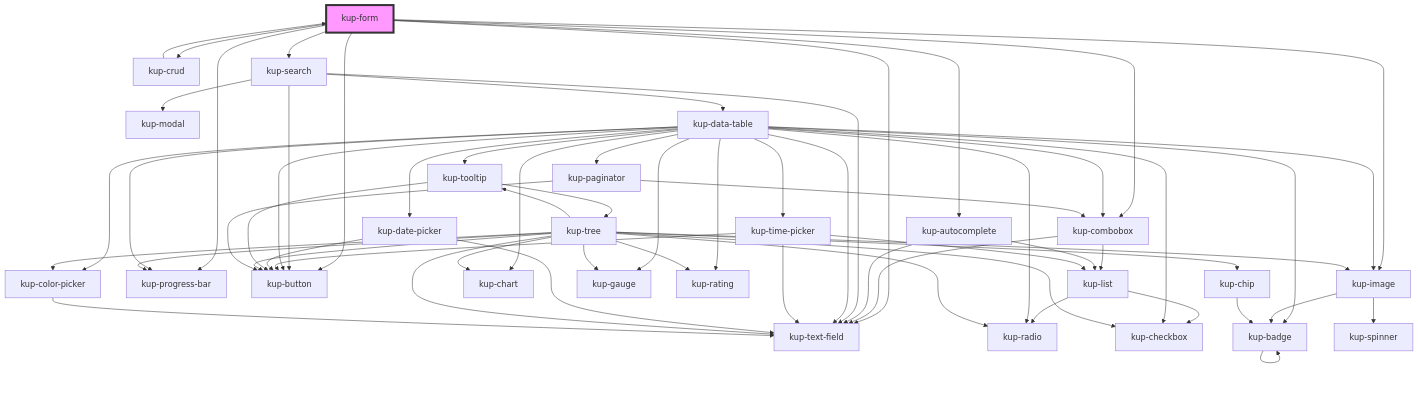
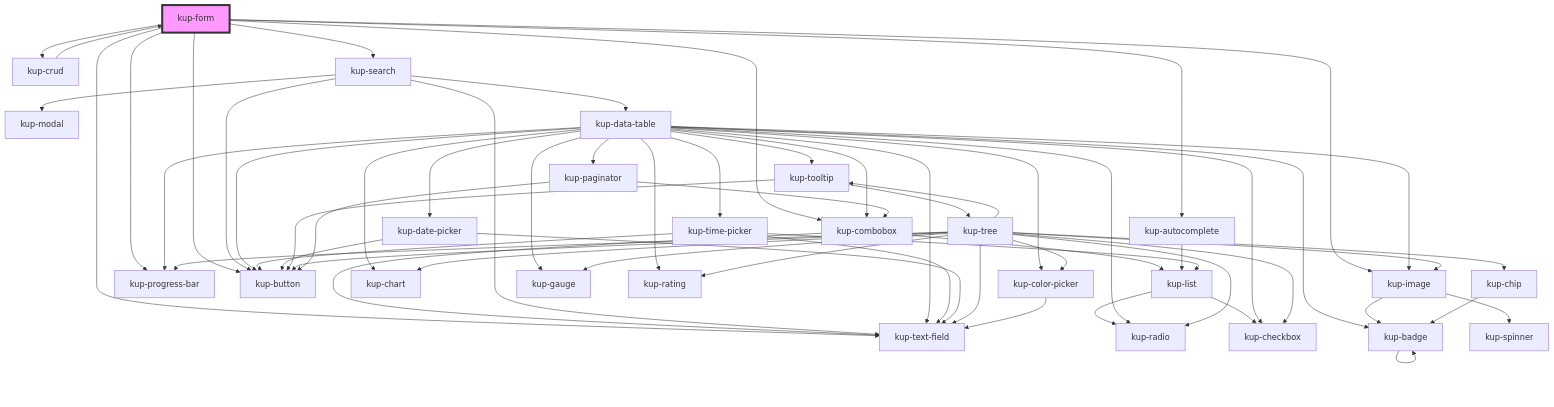
Before and after one commit to smeup/ketchup: the diagram in packages/ketchup/src/components/kup-form/readme.md, drawn with Mermaid. The commit also changed 9 other files, not shown here.

Commit message:
f-text-field in autocomplete.

````diff
--- a/packages/ketchup/src/components/kup-form/readme.md
+++ b/packages/ketchup/src/components/kup-form/readme.md
@@ -131,65 +131,64 @@
 ```mermaid
 graph TD;
   kup-form --> kup-combobox
   kup-form --> kup-crud
   kup-form --> kup-autocomplete
   kup-form --> kup-search
   kup-form --> kup-image
   kup-form --> kup-progress-bar
   kup-form --> kup-text-field
   kup-form --> kup-button
   kup-combobox --> kup-text-field
   kup-combobox --> kup-list
   kup-list --> kup-radio
   kup-list --> kup-checkbox
   kup-crud --> kup-form
-  kup-autocomplete --> kup-text-field
   kup-autocomplete --> kup-list
   kup-search --> kup-text-field
   kup-search --> kup-button
   kup-search --> kup-modal
   kup-search --> kup-data-table
   kup-data-table --> kup-text-field
   kup-data-table --> kup-time-picker
   kup-data-table --> kup-date-picker
   kup-data-table --> kup-checkbox
   kup-data-table --> kup-button
   kup-data-table --> kup-tooltip
   kup-data-table --> kup-image
   kup-data-table --> kup-chart
   kup-data-table --> kup-color-picker
   kup-data-table --> kup-gauge
   kup-data-table --> kup-progress-bar
   kup-data-table --> kup-rating
   kup-data-table --> kup-radio
   kup-data-table --> kup-paginator
   kup-data-table --> kup-combobox
   kup-data-table --> kup-badge
   kup-time-picker --> kup-text-field
   kup-time-picker --> kup-button
   kup-time-picker --> kup-list
   kup-date-picker --> kup-text-field
   kup-date-picker --> kup-button
   kup-tooltip --> kup-button
   kup-tooltip --> kup-tree
   kup-tree --> kup-image
   kup-tree --> kup-button
   kup-tree --> kup-chart
   kup-tree --> kup-checkbox
   kup-tree --> kup-chip
   kup-tree --> kup-color-picker
   kup-tree --> kup-gauge
   kup-tree --> kup-progress-bar
   kup-tree --> kup-rating
   kup-tree --> kup-radio
   kup-tree --> kup-tooltip
   kup-tree --> kup-text-field
   kup-image --> kup-spinner
   kup-image --> kup-badge
   kup-badge --> kup-badge
   kup-chip --> kup-badge
   kup-color-picker --> kup-text-field
   kup-paginator --> kup-button
   kup-paginator --> kup-combobox
   style kup-form fill:#f9f,stroke:#333,stroke-width:4px
 ```
````
